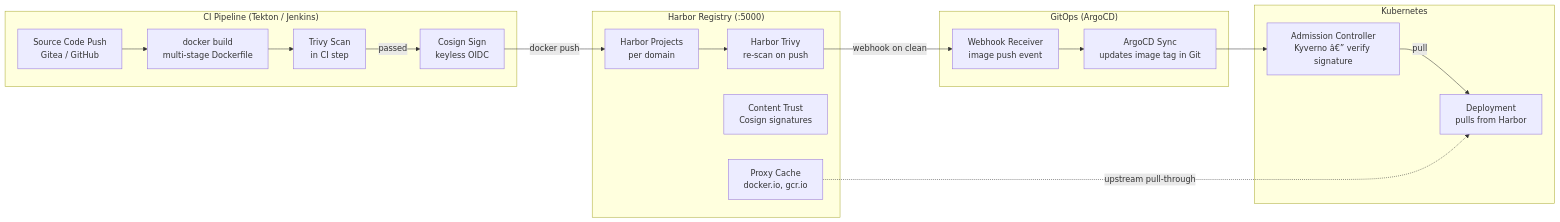
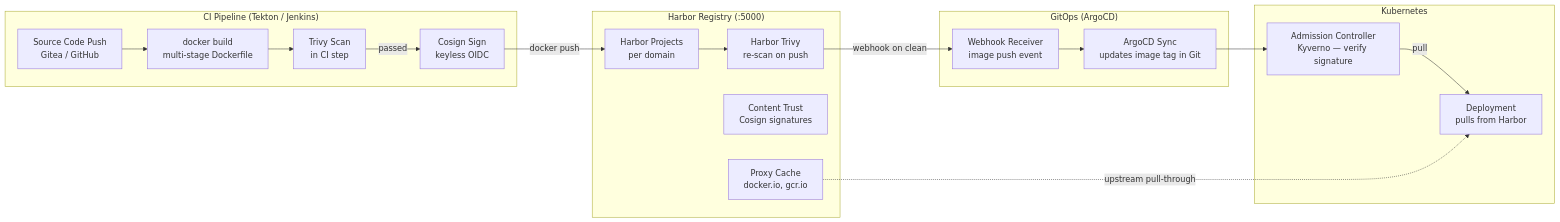
One commit to prabhat-roy/ShopOS changed the diagram in helm/infra/registry/harbor/README.md. Above: the diagram before and after it, drawn with Mermaid. The commit also changed other lines of this file and 2221 other files, not shown here.

````diff
--- a/helm/infra/registry/harbor/README.md
+++ b/helm/infra/registry/harbor/README.md
@@ -22,37 +22,37 @@
 ```mermaid
 flowchart LR
     subgraph CI["CI Pipeline (Tekton / Jenkins)"]
         SRC[Source Code Push<br/>Gitea / GitHub]
         BLD[docker build<br/>multi-stage Dockerfile]
         SCAN[Trivy Scan<br/>in CI step]
         SIGN[Cosign Sign<br/>keyless OIDC]
     end
 
     subgraph Harbor["Harbor Registry (:5000)"]
         PROJ[Harbor Projects<br/>per domain]
         TRIVY[Harbor Trivy<br/>re-scan on push]
         TRUST[Content Trust<br/>Cosign signatures]
         CACHE[Proxy Cache<br/>docker.io, gcr.io]
     end
 
     subgraph GitOps["GitOps (ArgoCD)"]
         WH[Webhook Receiver<br/>image push event]
         SYNC[ArgoCD Sync<br/>updates image tag in Git]
     end
 
     subgraph K8s["Kubernetes"]
-        ADM[Admission Controller<br/>Kyverno â€” verify signature]
+        ADM[Admission Controller<br/>Kyverno — verify signature]
         DEP[Deployment<br/>pulls from Harbor]
     end
 
     SRC --> BLD
     BLD --> SCAN
     SCAN -->|passed| SIGN
     SIGN -->|docker push| PROJ
     PROJ --> TRIVY
     TRIVY -->|webhook on clean| WH
     WH --> SYNC
     SYNC --> ADM
     ADM -->|pull| DEP
     CACHE -.->|upstream pull-through| DEP
 ```
````
